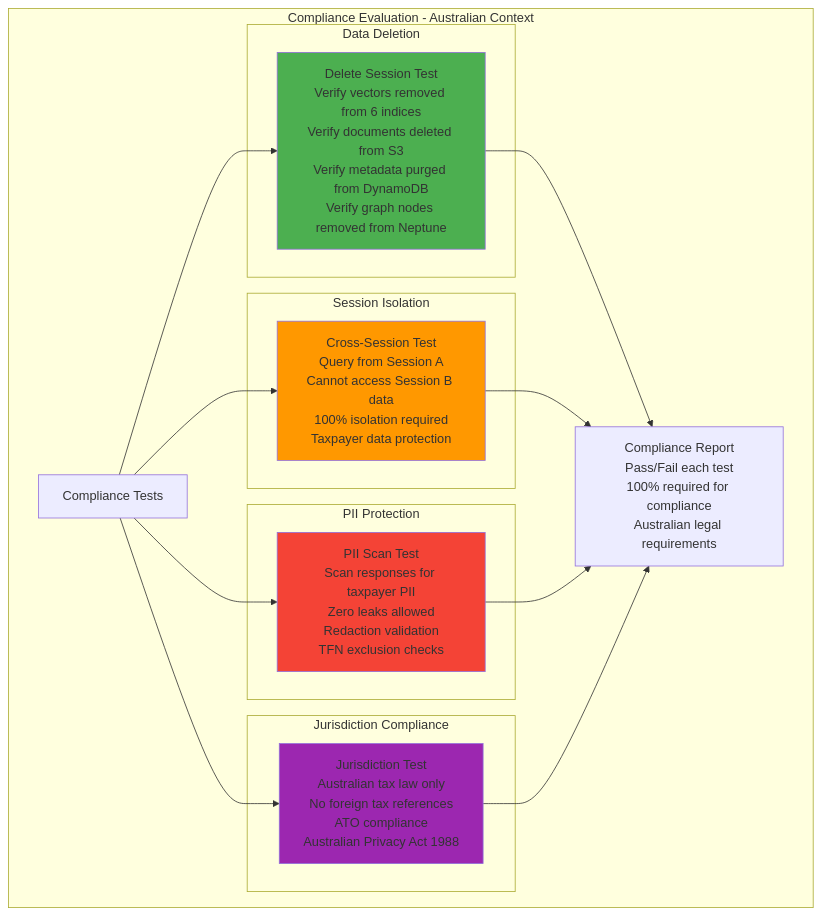
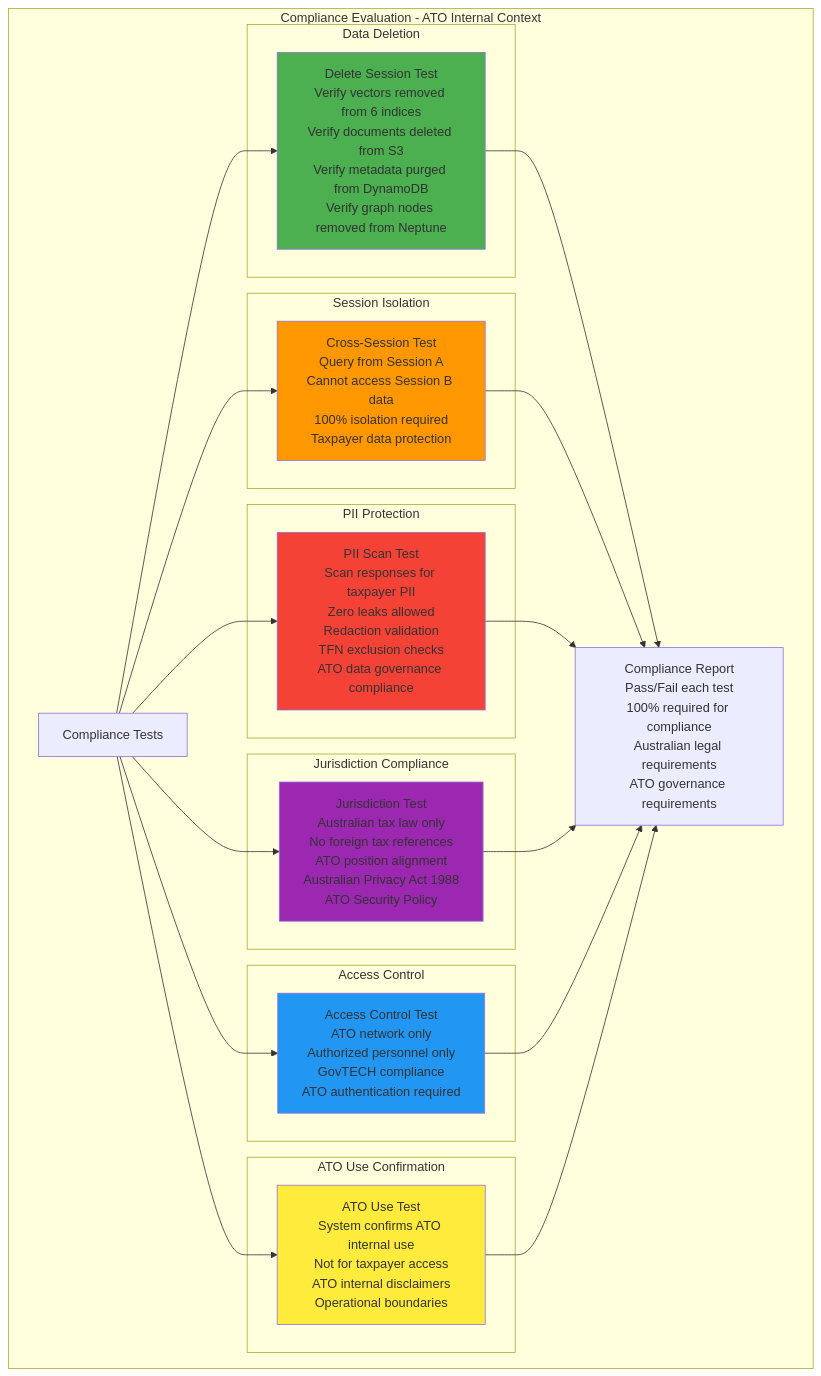
Before and after one commit to anguyenbus/case_chat: the ninth of 9 diagrams in case_assistant/system_design/05-evaluation-strategy.md, drawn with Mermaid. The commit also changed other lines of this file, not shown here.

````diff
--- a/case_assistant/system_design/05-evaluation-strategy.md
+++ b/case_assistant/system_design/05-evaluation-strategy.md
@@ -698,39 +716,53 @@
 ```mermaid
 graph TB
-    subgraph "Compliance Evaluation - Australian Context"
+    subgraph "Compliance Evaluation - ATO Internal Context"
         COMP[Compliance Tests]
 
         subgraph "Data Deletion"
             DEL[Delete Session Test<br/>Verify vectors removed from 6 indices<br/>Verify documents deleted from S3<br/>Verify metadata purged from DynamoDB<br/>Verify graph nodes removed from Neptune]
         end
 
         subgraph "Session Isolation"
             ISO[Cross-Session Test<br/>Query from Session A<br/>Cannot access Session B data<br/>100% isolation required<br/>Taxpayer data protection]
         end
 
         subgraph "PII Protection"
-            PII[PII Scan Test<br/>Scan responses for taxpayer PII<br/>Zero leaks allowed<br/>Redaction validation<br/>TFN exclusion checks]
+            PII[PII Scan Test<br/>Scan responses for taxpayer PII<br/>Zero leaks allowed<br/>Redaction validation<br/>TFN exclusion checks<br/>ATO data governance compliance]
         end
 
         subgraph "Jurisdiction Compliance"
-            JURIS[Jurisdiction Test<br/>Australian tax law only<br/>No foreign tax references<br/>ATO compliance<br/>Australian Privacy Act 1988]
+            JURIS[Jurisdiction Test<br/>Australian tax law only<br/>No foreign tax references<br/>ATO position alignment<br/>Australian Privacy Act 1988<br/>ATO Security Policy]
         end
 
-        REPORT[Compliance Report<br/>Pass/Fail each test<br/>100% required for compliance<br/>Australian legal requirements]
+        subgraph "Access Control"
+            ACCESS[Access Control Test<br/>ATO network only<br/>Authorized personnel only<br/>GovTECH compliance<br/>ATO authentication required]
+        end
+
+        subgraph "ATO Use Confirmation"
+            ATO_USE[ATO Use Test<br/>System confirms ATO internal use<br/>Not for taxpayer access<br/>ATO internal disclaimers<br/>Operational boundaries]
+        end
+
+        REPORT[Compliance Report<br/>Pass/Fail each test<br/>100% required for compliance<br/>Australian legal requirements<br/>ATO governance requirements]
     end
 
     COMP --> DEL
     COMP --> ISO
     COMP --> PII
     COMP --> JURIS
+    COMP --> ACCESS
+    COMP --> ATO_USE
 
     DEL --> REPORT
     ISO --> REPORT
     PII --> REPORT
     JURIS --> REPORT
+    ACCESS --> REPORT
+    ATO_USE --> REPORT
 
     style DEL fill:#4CAF50
     style ISO fill:#FF9800
     style PII fill:#F44336
     style JURIS fill:#9C27B0
+    style ACCESS fill:#2196F3
+    style ATO_USE fill:#FFEB3B
 ```
````
